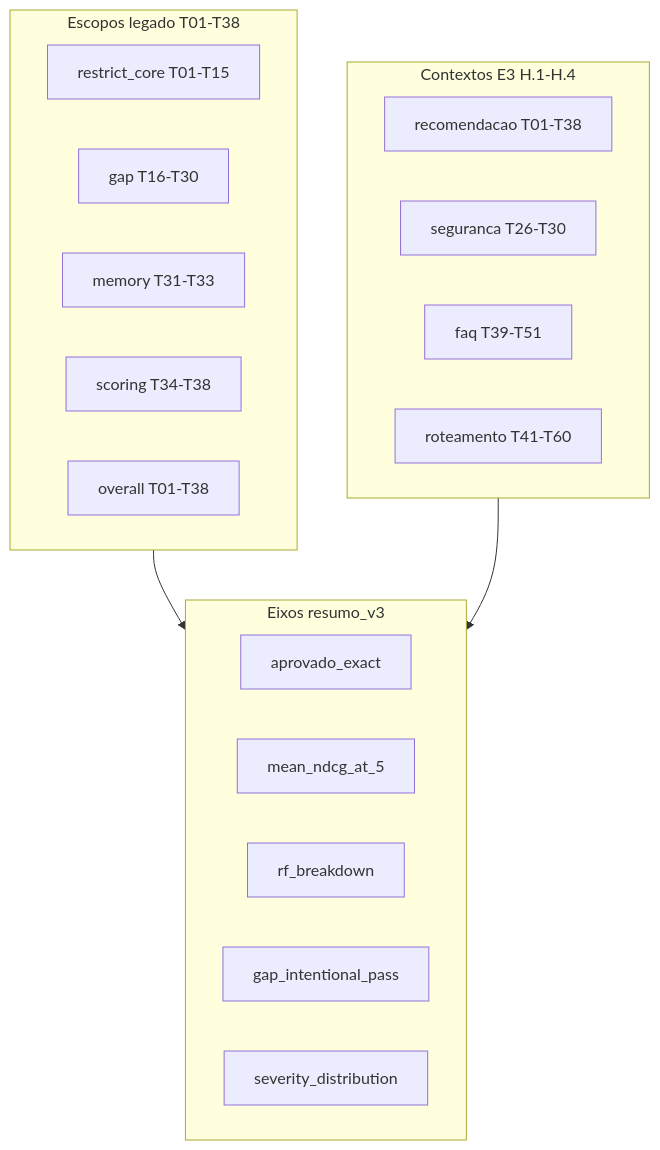
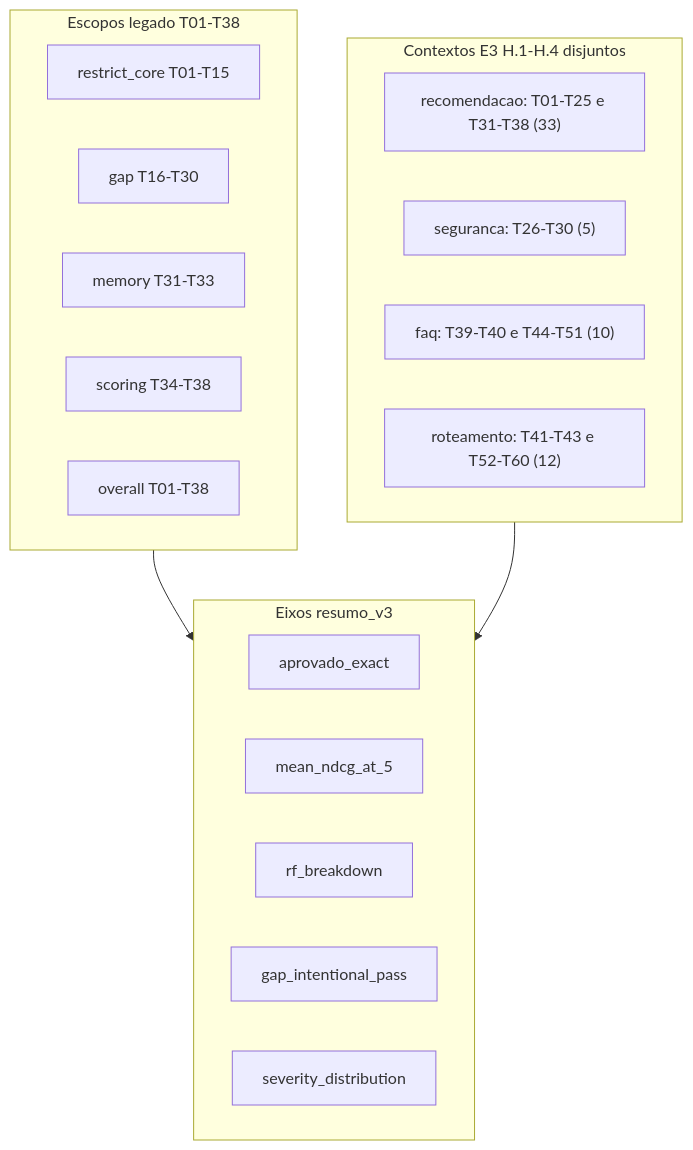
The second of 2 diagrams in recfair/docs/adr/0003-multiagent-supervisor.md (andluizsouza/unicamp-llm-agents), drawn with Mermaid before and after one commit. The commit also changed other lines of this file and 7 other files, not shown here.

````diff
--- a/recfair/docs/adr/0003-multiagent-supervisor.md
+++ b/recfair/docs/adr/0003-multiagent-supervisor.md
@@ -172,25 +172,25 @@
 ```mermaid
 flowchart TB
     subgraph scopes [Escopos legado T01-T38]
         R[restrict_core T01-T15]
         G[gap T16-T30]
         M[memory T31-T33]
         S[scoring T34-T38]
         O[overall T01-T38]
     end
-    subgraph contexts [Contextos E3 H.1-H.4]
-        H1[recomendacao T01-T38]
-        H2[seguranca T26-T30]
-        H3[faq T39-T51]
-        H4[roteamento T41-T60]
+    subgraph contexts [Contextos E3 H.1-H.4 disjuntos]
+        H1["recomendacao: T01-T25 e T31-T38 (33)"]
+        H2["seguranca: T26-T30 (5)"]
+        H3["faq: T39-T40 e T44-T51 (10)"]
+        H4["roteamento: T41-T43 e T52-T60 (12)"]
     end
     subgraph metrics [Eixos resumo_v3]
         AE[aprovado_exact]
         RK[mean_ndcg_at_5]
         RF[rf_breakdown]
         GI[gap_intentional_pass]
         SV[severity_distribution]
     end
     scopes --> metrics
     contexts --> metrics
 ```
````
